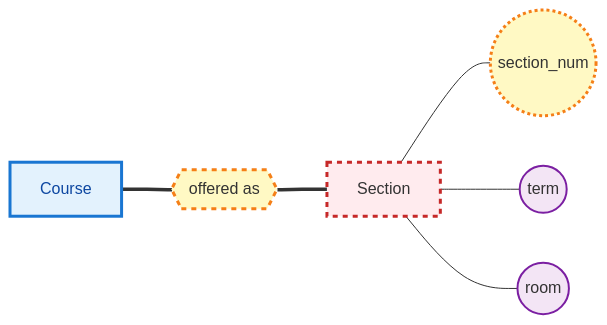
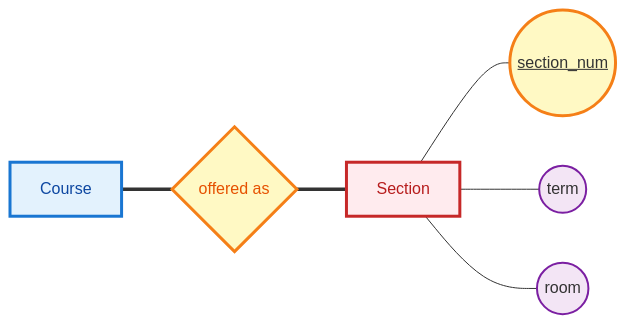
One commit to ufdatastudio/cop5725fa26 changed the fourth of 10 diagrams in lecture-outlines/day7-er-to-relations/slides.md. Above: the diagram before and after it, drawn with Mermaid. The commit also changed other lines of this file and 5 other files, not shown here.

First line of the commit message:
docs: align day 7 deck with the ER notation conventions

````diff
--- a/lecture-outlines/day7-er-to-relations/slides.md
+++ b/lecture-outlines/day7-er-to-relations/slides.md
@@ -149,17 +149,17 @@
 ```mermaid
 graph LR
-  C["Course"] === O{{"offered as"}} === Sec["Section"]
-  Sec --- SN(("section_num"))
+  C["Course"] === O{"offered as"} === Sec["<span class='weak-inner'>Section</span>"]
+  Sec --- SN(("<u>section_num</u>"))
   Sec --- T(("term"))
   Sec --- R(("room"))
   classDef entity fill:#e3f2fd,stroke:#1976d2,stroke-width:3px,color:#0d47a1
-  classDef weak fill:#ffebee,stroke:#c62828,stroke-width:3px,stroke-dasharray:5 5
-  classDef irel fill:#fff9c4,stroke:#f57f17,stroke-width:3px,stroke-dasharray:5 5
+  classDef weak fill:#ffebee,stroke:#c62828,stroke-width:3px,color:#b71c1c
+  classDef irel fill:#fff9c4,stroke:#f57f17,stroke-width:3px,color:#e65100
   classDef attr fill:#f3e5f5,stroke:#7b1fa2,stroke-width:2px
-  classDef key fill:#fff9c4,stroke:#f57f17,stroke-width:3px,stroke-dasharray:3 3
+  classDef key fill:#fff9c4,stroke:#f57f17,stroke-width:3px
   class C entity
   class Sec weak
   class O irel
   class T,R attr
   class SN key
 ```
````
